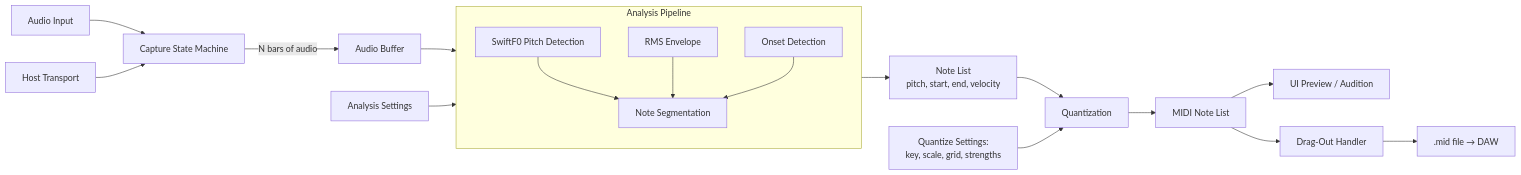
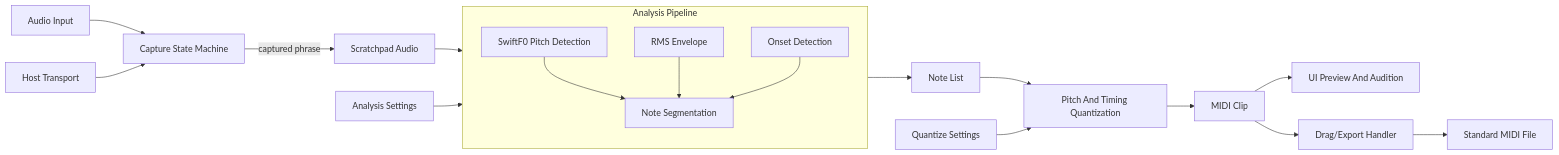
The diagram in docs/plugins/glirdir.md (chris-arsenault/lindelion), drawn with Mermaid before and after one commit. The commit also changed other lines of this file and 11 other files, not shown here.

````diff
--- a/docs/plugins/glirdir.md
+++ b/docs/plugins/glirdir.md
@@ -34,28 +38,28 @@
 ```mermaid
 flowchart LR
     AUDIO[Audio Input] --> CAP[Capture State Machine]
     HOST[Host Transport] --> CAP
-    CAP -->|N bars of audio| BUF[Audio Buffer]
+    CAP -->|captured phrase| BUF[Scratchpad Audio]
 
     BUF --> ANALYSIS
     SETTINGS[Analysis Settings] --> ANALYSIS
 
     subgraph ANALYSIS [Analysis Pipeline]
         PITCH[SwiftF0 Pitch Detection]
         RMS[RMS Envelope]
         ONSET[Onset Detection]
         SEG[Note Segmentation]
         PITCH --> SEG
         RMS --> SEG
         ONSET --> SEG
     end
 
-    ANALYSIS --> NOTES[Note List<br/>pitch, start, end, velocity]
-    NOTES --> QUANT[Quantization]
-    QSETTINGS[Quantize Settings:<br/>key, scale, grid, strengths] --> QUANT
-    QUANT --> MIDI[MIDI Note List]
+    ANALYSIS --> NOTES[Note List]
+    NOTES --> QUANT[Pitch And Timing Quantization]
+    QSETTINGS[Quantize Settings] --> QUANT
+    QUANT --> MIDI[MIDI Clip]
 
-    MIDI --> PREVIEW[UI Preview / Audition]
-    MIDI --> DRAG[Drag-Out Handler]
-    DRAG --> SMF[.mid file → DAW]
+    MIDI --> PREVIEW[UI Preview And Audition]
+    MIDI --> DRAG[Drag/Export Handler]
+    DRAG --> SMF[Standard MIDI File]
 ```
````
